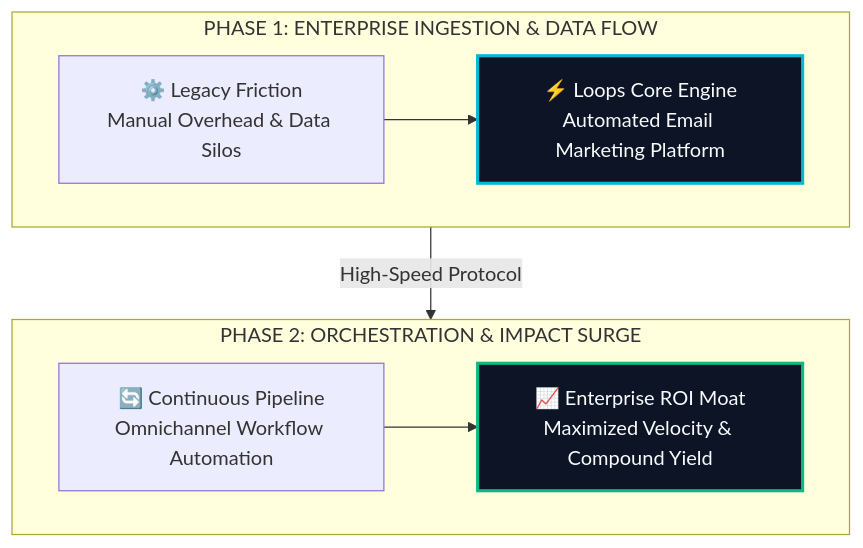
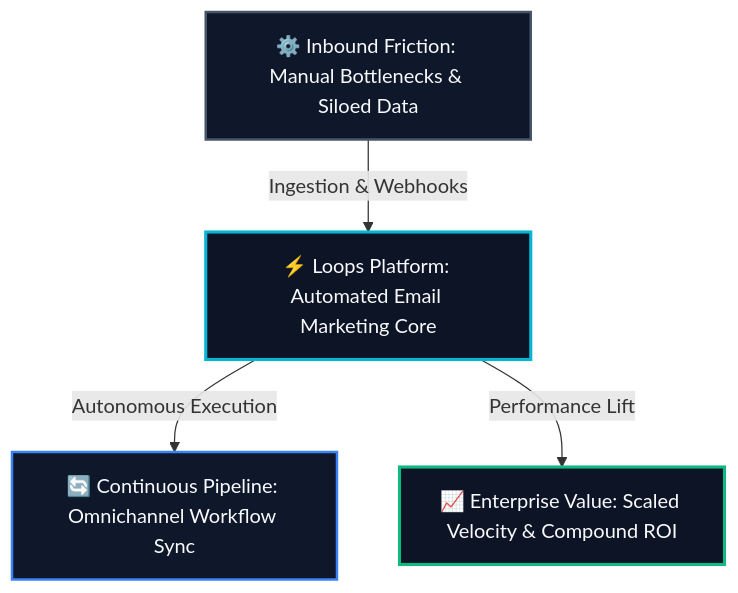
One commit to heliatech-media/saas-radar changed the diagram in site/src/content/blog/loops-evolution-guide-2026.md. Above: the diagram before and after it, drawn with Mermaid. The commit also changed 93 other files, not shown here.

First line of the commit message:
fix(diagrams): resolve dagre-d3 subgraph collision by migrating to balanced 3-tier Hub & Spoke architecture

````diff
--- a/site/src/content/blog/loops-evolution-guide-2026.md
+++ b/site/src/content/blog/loops-evolution-guide-2026.md
@@ -67,14 +67,14 @@
 ```mermaid
 flowchart TD
-    subgraph S1["PHASE 1: ENTERPRISE INGESTION & DATA FLOW"]
-        direction LR
-        A["⚙️ Legacy Friction<br/>Manual Overhead & Data Silos"] --> B["⚡ Loops Core Engine<br/>Automated Email Marketing Platform"]
-    end
-    subgraph S2["PHASE 2: ORCHESTRATION & IMPACT SURGE"]
-        direction LR
-        C["🔄 Continuous Pipeline<br/>Omnichannel Workflow Automation"] --> D["📈 Enterprise ROI Moat<br/>Maximized Velocity & Compound Yield"]
-    end
-    S1 -->|High-Speed Protocol| S2
-    style B fill:#0c1425,stroke:#06b6d4,stroke-width:2.5px,color:#f8fafc
-    style D fill:#0c1425,stroke:#10b981,stroke-width:2.5px,color:#f8fafc
+    Inp["⚙️ Inbound Friction: Manual Bottlenecks & Siloed Data"]
+    Eng["⚡ Loops Platform: Automated Email Marketing Core"]
+    Out1["🔄 Continuous Pipeline: Omnichannel Workflow Sync"]
+    Out2["📈 Enterprise Value: Scaled Velocity & Compound ROI"]
+    Inp -->|Ingestion & Webhooks| Eng
+    Eng -->|Autonomous Execution| Out1
+    Eng -->|Performance Lift| Out2
+    style Inp fill:#0f172a,stroke:#475569,stroke-width:2px,color:#f8fafc
+    style Eng fill:#0c1425,stroke:#06b6d4,stroke-width:2.5px,color:#f8fafc
+    style Out1 fill:#0f172a,stroke:#3b82f6,stroke-width:2px,color:#f8fafc
+    style Out2 fill:#0c1425,stroke:#10b981,stroke-width:2.5px,color:#f8fafc
 ```
````
